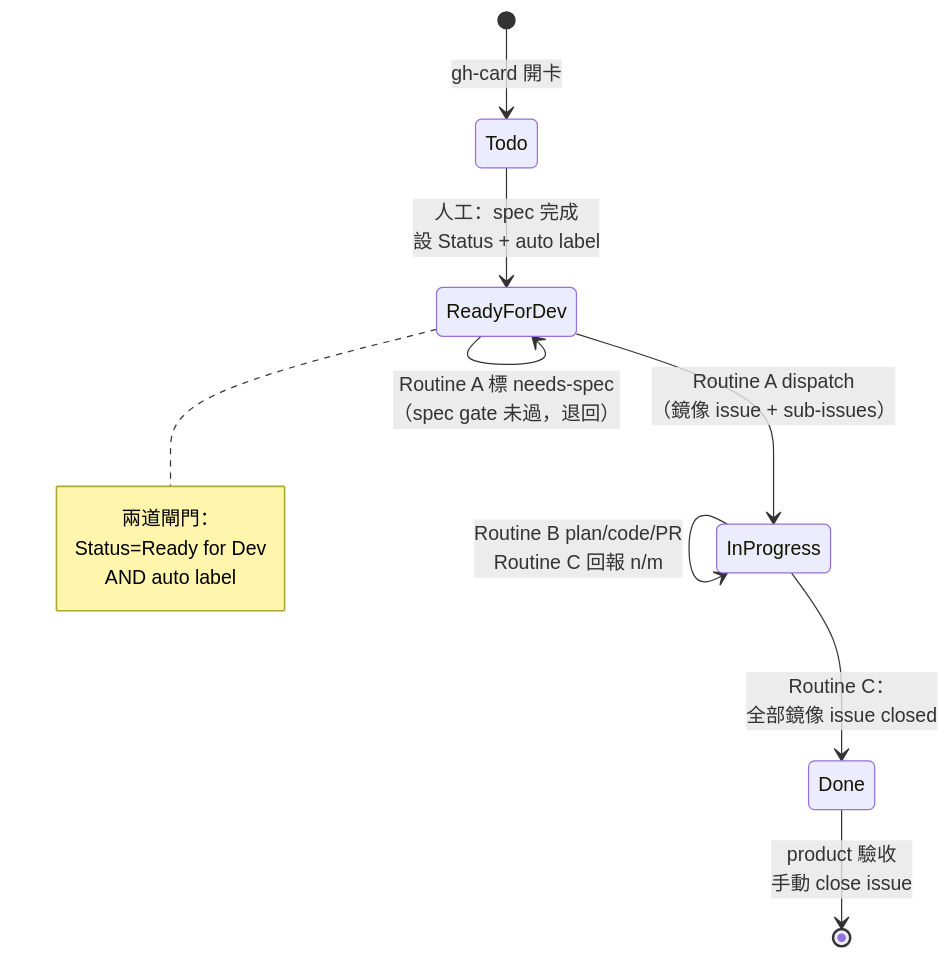
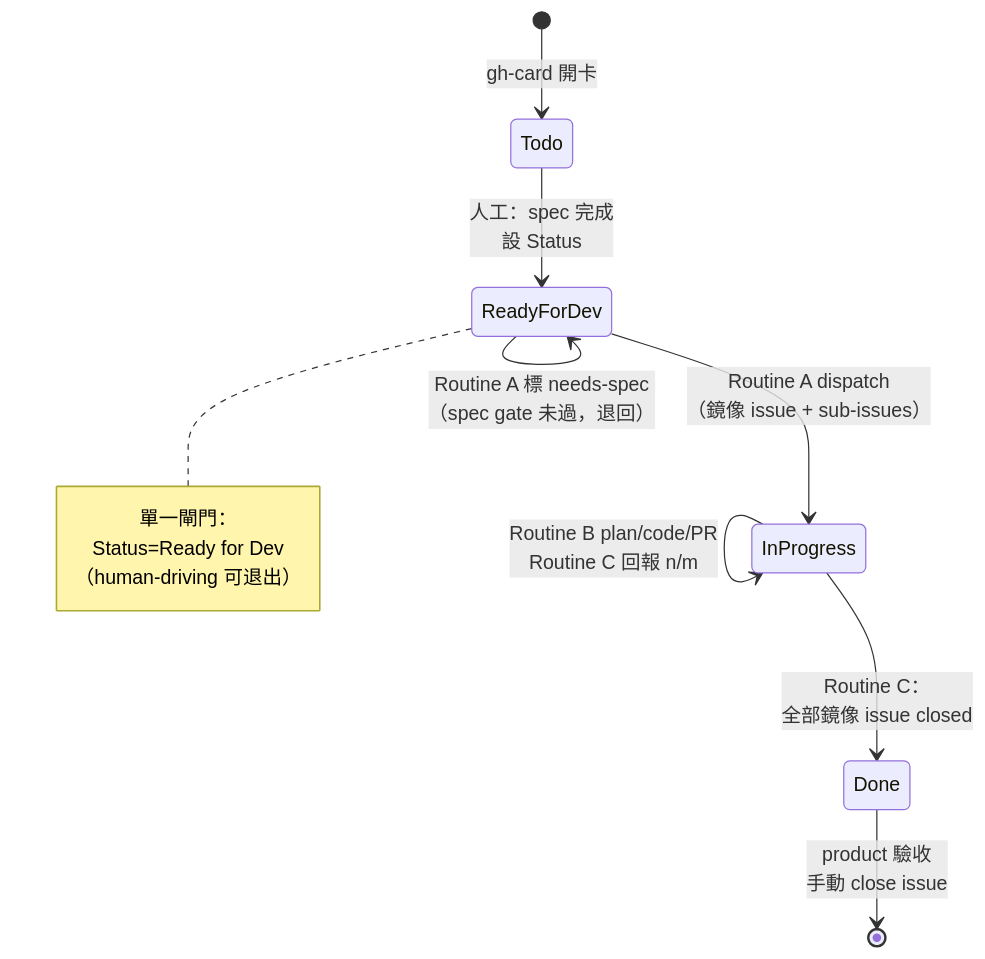
Before and after one commit to daodaoedu/daodao: the second of 3 diagrams in docs/automation/github-pipeline.md, drawn with Mermaid. The commit also changed other lines of this file and 4 other files, not shown here.

First line of the commit message:
feat(pipeline): 移除 auto label 閘門——Ready for Dev 即派工

````diff
--- a/docs/automation/github-pipeline.md
+++ b/docs/automation/github-pipeline.md
@@ -70,16 +70,16 @@
 ```mermaid
 stateDiagram-v2
     [*] --> Todo : gh-card 開卡
-    Todo --> ReadyForDev : 人工：spec 完成<br/>設 Status + auto label
+    Todo --> ReadyForDev : 人工：spec 完成<br/>設 Status
     ReadyForDev --> ReadyForDev : Routine A 標 needs-spec<br/>（spec gate 未過，退回）
     ReadyForDev --> InProgress : Routine A dispatch<br/>（鏡像 issue + sub-issues）
     InProgress --> InProgress : Routine B plan/code/PR<br/>Routine C 回報 n/m
     InProgress --> Done : Routine C：<br/>全部鏡像 issue closed
     Done --> [*] : product 驗收<br/>手動 close issue
 
     note right of ReadyForDev
-        兩道閘門：
+        單一閘門：
         Status=Ready for Dev
-        AND auto label
+        （human-driving 可退出）
     end note
 ```
````
